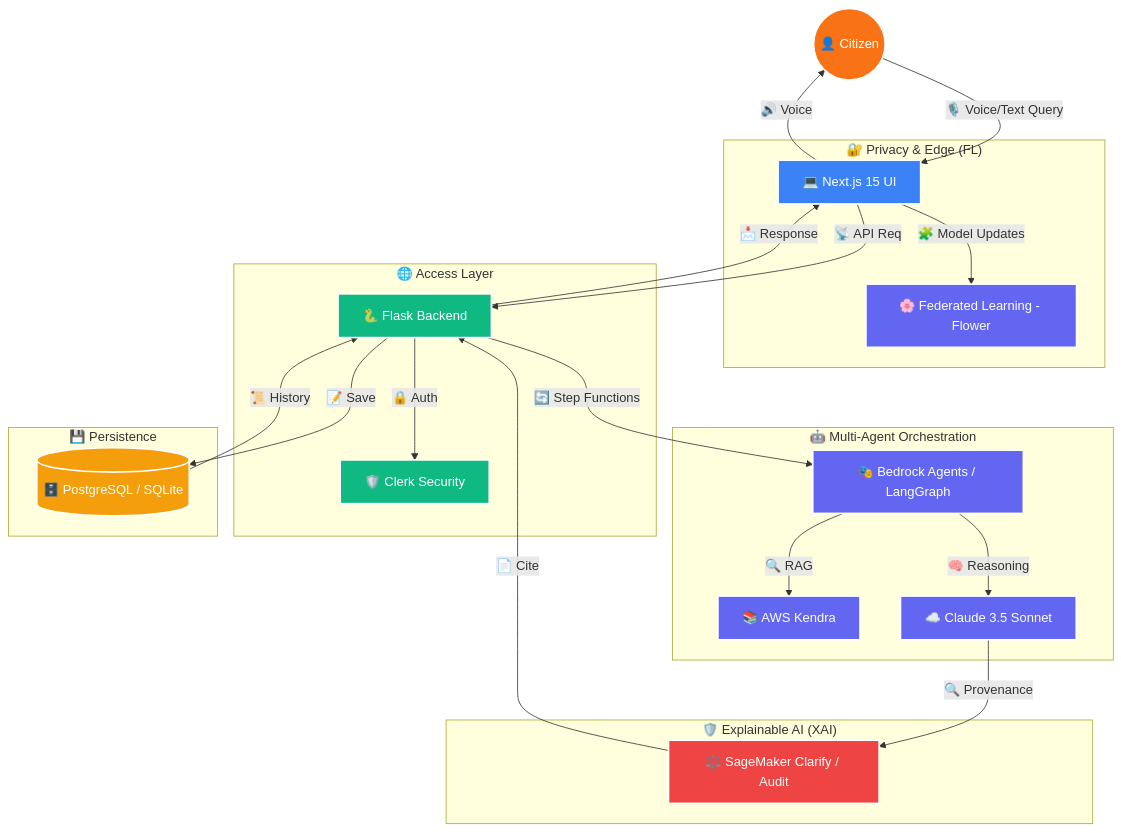
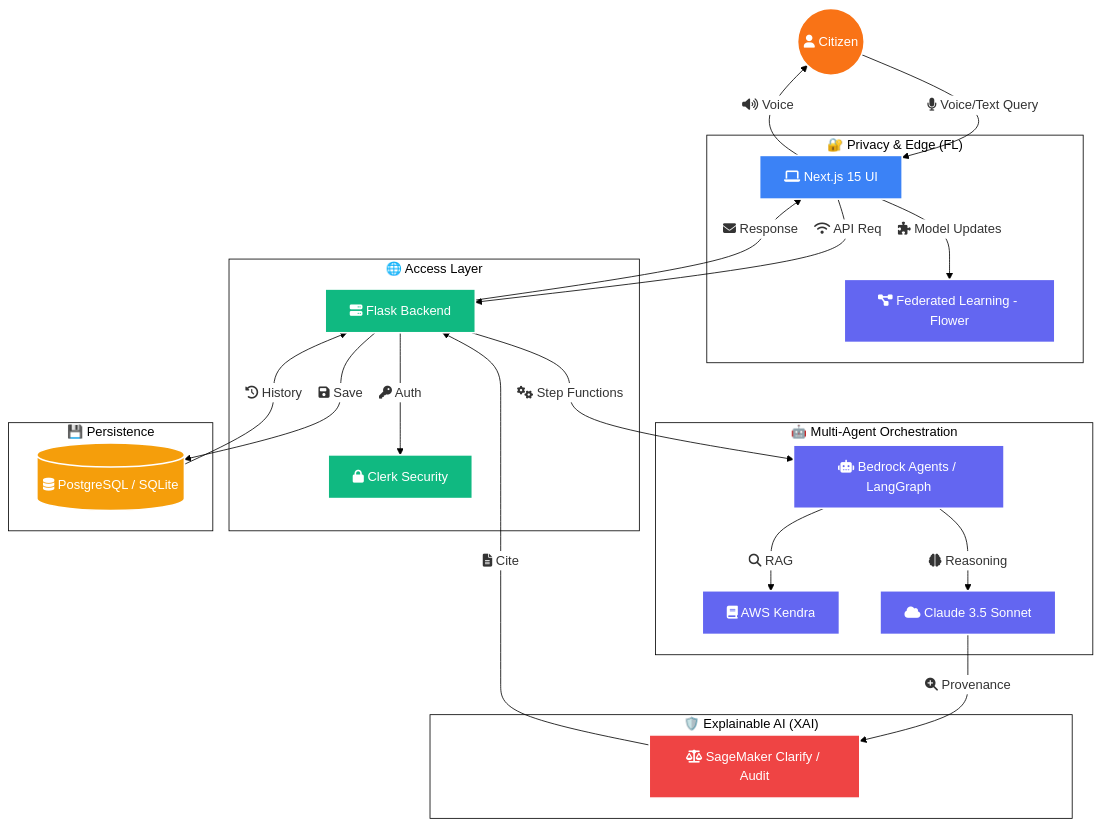
Before and after one commit to shalcoder/JanSathi: the first of 6 diagrams in README.md, drawn with Mermaid. The commit also changed other lines of this file and 2 other files, not shown here.

Commit message:
docs: Update architecture diagrams with real icons and detailed flow

````diff
--- a/README.md
+++ b/README.md
@@ -31,40 +31,41 @@
 ```mermaid
+%%{init: {'theme': 'base', 'themeVariables': { 'primaryColor': '#ffffff', 'edgeLabelBackground':'#ffffff', 'tertiaryColor': '#ffffff', 'mainBkg': '#ffffff', 'clusterBkg': '#ffffff', 'nodeBorder': '#000000', 'clusterBorder': '#000000', 'lineColor': '#000000'}}}%%
 graph TD
     %% Styling
     classDef user fill:#f97316,stroke:#fff,stroke-width:2px,color:#fff
     classDef fe fill:#3b82f6,stroke:#fff,stroke-width:2px,color:#fff
     classDef be fill:#10b981,stroke:#fff,stroke-width:2px,color:#fff
     classDef ai fill:#6366f1,stroke:#fff,stroke-width:2px,color:#fff
     classDef trust fill:#ef4444,stroke:#fff,stroke-width:2px,color:#fff
     classDef db fill:#f59e0b,stroke:#fff,stroke-width:2px,color:#fff
 
-    User((👤 Citizen)):::user -- "🎙️ Voice/Text Query" --> Frontend[💻 Next.js 15 UI]:::fe
+    User((fa:fa-user Citizen)):::user -- "fa:fa-microphone Voice/Text Query" --> Frontend[fa:fa-laptop Next.js 15 UI]:::fe
     
     subgraph "🔐 Privacy & Edge (FL)"
-        Frontend -- "🧩 Model Updates" --> FL[🌸 Federated Learning - Flower]:::ai
+        Frontend -- "fa:fa-puzzle-piece Model Updates" --> FL[fa:fa-project-diagram Federated Learning - Flower]:::ai
     end
 
     subgraph "🌐 Access Layer"
-        Frontend -- "📡 API Req" --> Flask[🐍 Flask Backend]:::be
-        Flask -- "🔒 Auth" --> Clerk[🛡️ Clerk Security]:::be
+        Frontend -- "fa:fa-wifi API Req" --> Flask[fa:fa-server Flask Backend]:::be
+        Flask -- "fa:fa-key Auth" --> Clerk[fa:fa-lock Clerk Security]:::be
     end
 
     subgraph "🤖 Multi-Agent Orchestration"
-        Flask -- "🔄 Step Functions" --> Agents[🎭 Bedrock Agents / LangGraph]:::ai
-        Agents -- "🔍 RAG" --> Kendra[📚 AWS Kendra]:::ai
-        Agents -- "🧠 Reasoning" --> Bedrock[☁️ Claude 3.5 Sonnet]:::ai
+        Flask -- "fa:fa-cogs Step Functions" --> Agents[fa:fa-robot Bedrock Agents / LangGraph]:::ai
+        Agents -- "fa:fa-search RAG" --> Kendra[fa:fa-book AWS Kendra]:::ai
+        Agents -- "fa:fa-brain Reasoning" --> Bedrock[fa:fa-cloud Claude 3.5 Sonnet]:::ai
     end
 
     subgraph "🛡️ Explainable AI (XAI)"
-        Bedrock -- "🔍 Provenance" --> XAI[⚖️ SageMaker Clarify / Audit]:::trust
-        XAI -- "📄 Cite" --> Flask
+        Bedrock -- "fa:fa-search-plus Provenance" --> XAI[fa:fa-balance-scale SageMaker Clarify / Audit]:::trust
+        XAI -- "fa:fa-file-alt Cite" --> Flask
     end
 
     subgraph "💾 Persistence"
-        Flask -- "📝 Save" --> DB[(🗄️ PostgreSQL / SQLite)]:::db
-        DB -- "📜 History" --> Flask
+        Flask -- "fa:fa-save Save" --> DB[(fa:fa-database PostgreSQL / SQLite)]:::db
+        DB -- "fa:fa-history History" --> Flask
     end
 
-    Flask -- "📩 Response" --> Frontend
-    Frontend -- "🔊 Voice" --> User
+    Flask -- "fa:fa-envelope Response" --> Frontend
+    Frontend -- "fa:fa-volume-up Voice" --> User
 ```
````
